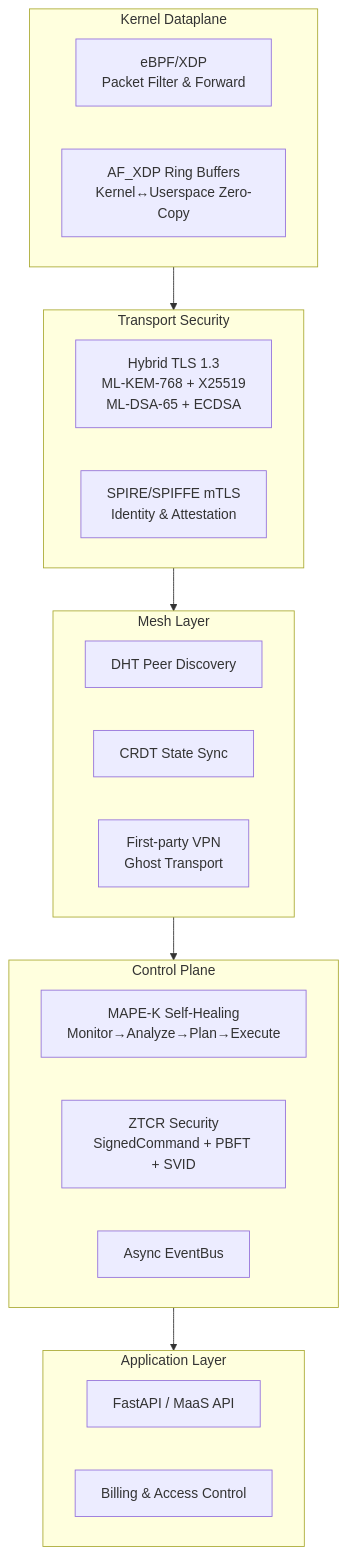
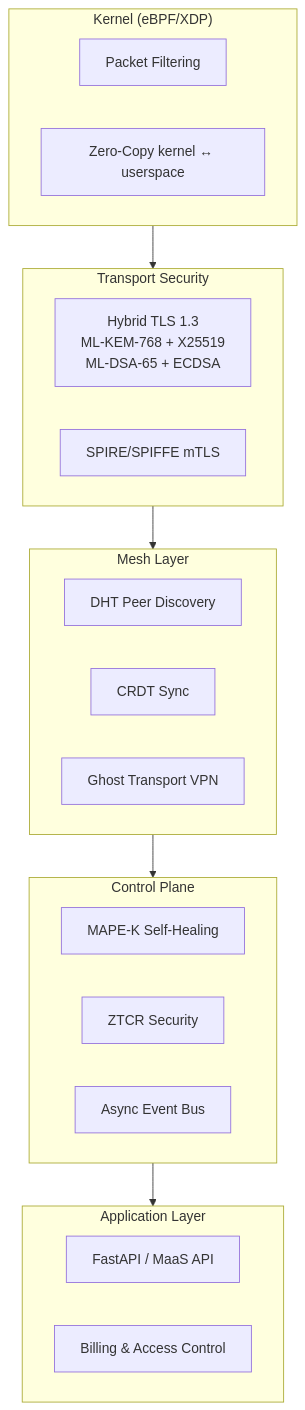
The diagram in README.md (x0tta6bl4-ai/x0tta6bl4), drawn with Mermaid before and after one commit. The commit also changed other lines of this file and 3 other files, not shown here.

````diff
--- a/README.md
+++ b/README.md
@@ -17,34 +62,26 @@
 ```mermaid
 graph TB
     subgraph APP["Application Layer"]
         API[FastAPI / MaaS API]
         Billing[Billing & Access Control]
     end
-
     subgraph CONTROL["Control Plane"]
-        MAPEK[MAPE-K Self-Healing<br/>Monitor→Analyze→Plan→Execute]
-        ZTCR[ZTCR Security<br/>SignedCommand + PBFT + SVID]
-        EventBus[Async EventBus]
+        MAPEK[MAPE-K Self-Healing]
+        ZTCR[ZTCR Security]
+        EventBus[Async Event Bus]
     end
-
     subgraph MESH["Mesh Layer"]
         DHT[DHT Peer Discovery]
-        CRDT[CRDT State Sync]
-        VPN[First-party VPN<br/>Ghost Transport]
+        CRDT[CRDT Sync]
+        VPN[Ghost Transport VPN]
     end
-
     subgraph TRANSPORT["Transport Security"]
         PQC[Hybrid TLS 1.3<br/>ML-KEM-768 + X25519<br/>ML-DSA-65 + ECDSA]
-        SPIRE[SPIRE/SPIFFE mTLS<br/>Identity & Attestation]
+        SPIRE[SPIRE/SPIFFE mTLS]
     end
-
-    subgraph KERNEL["Kernel Dataplane"]
-        XDP[eBPF/XDP<br/>Packet Filter & Forward]
-        AFXDP[AF_XDP Ring Buffers<br/>Kernel↔Userspace Zero-Copy]
+    subgraph KERNEL["Kernel (eBPF/XDP)"]
+        XDP[Packet Filtering]
+        AFXDP[Zero-Copy kernel ↔ userspace]
     end
-
-    KERNEL --> TRANSPORT
-    TRANSPORT --> MESH
-    MESH --> CONTROL
-    CONTROL --> APP
+    KERNEL --> TRANSPORT --> MESH --> CONTROL --> APP
 ```
````
